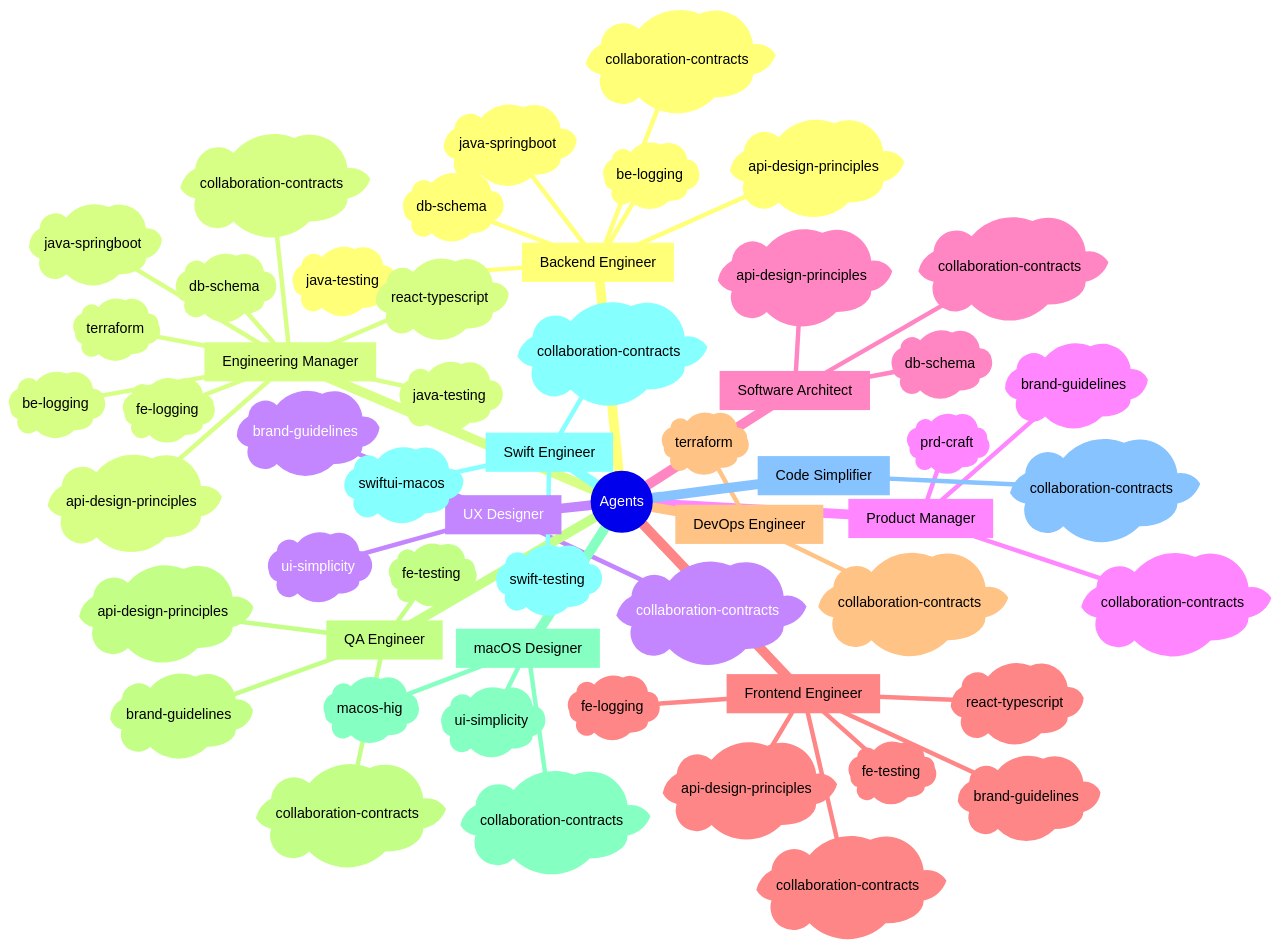
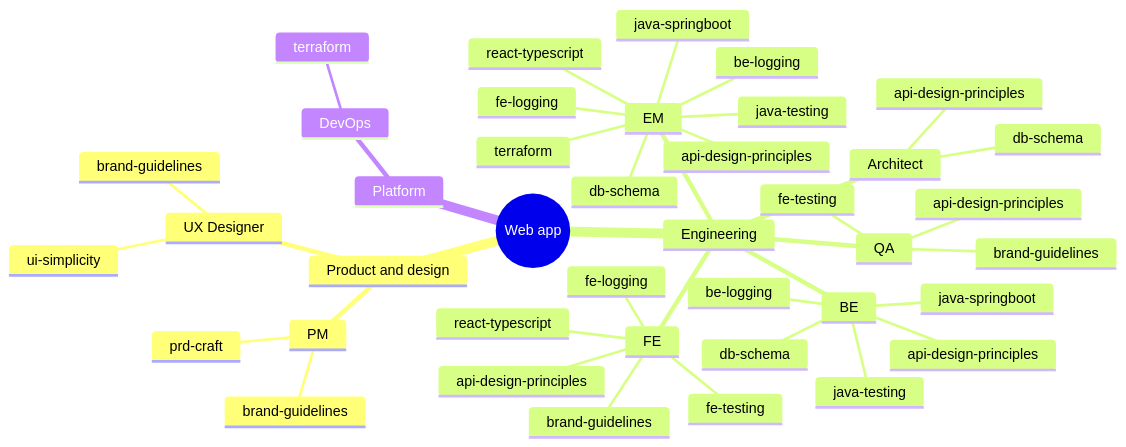
Before and after one commit to sans-github/agentic-delivery-framework: the third of 4 diagrams in docs/how-it-works.md, drawn with Mermaid. The commit also changed other lines of this file, not shown here.

Commit message:
replace skills mindmap with per-platform skill matrices in how-it-works

````diff
--- a/docs/how-it-works.md
+++ b/docs/how-it-works.md
@@ -360,58 +382,43 @@
 ```mermaid
 mindmap
-  root((Agents))
-    [Backend Engineer]
-      )db-schema(
-      )java-springboot(
-      )api-design-principles(
-      )java-testing(
-      )be-logging(
-      )collaboration-contracts(
-    [Engineering Manager]
-      )db-schema(
-      )java-springboot(
-      )api-design-principles(
-      )react-typescript(
-      )terraform(
-      )java-testing(
-      )be-logging(
-      )fe-logging(
-      )collaboration-contracts(
-    [UX Designer]
-      )brand-guidelines(
-      )ui-simplicity(
-      )collaboration-contracts(
-    [Product Manager]
-      )prd-craft(
-      )brand-guidelines(
-      )collaboration-contracts(
-    [Software Architect]
-      )api-design-principles(
-      )db-schema(
-      )collaboration-contracts(
-    [Frontend Engineer]
-      )api-design-principles(
-      )react-typescript(
-      )fe-testing(
-      )brand-guidelines(
-      )fe-logging(
-      )collaboration-contracts(
-    [DevOps Engineer]
-      )terraform(
-      )collaboration-contracts(
-    [QA Engineer]
-      )api-design-principles(
-      )fe-testing(
-      )brand-guidelines(
-      )collaboration-contracts(
-    [macOS Designer]
-      )macos-hig(
-      )ui-simplicity(
-      )collaboration-contracts(
-    [Swift Engineer]
-      )swiftui-macos(
-      )swift-testing(
-      )collaboration-contracts(
-    [Code Simplifier]
-      )collaboration-contracts(
+  root((Web app))
+    Product and design
+      PM
+        prd-craft
+        brand-guidelines
+      UX Designer
+        brand-guidelines
+        ui-simplicity
+    Engineering
+      Architect
+        api-design-principles
+        db-schema
+      EM
+        api-design-principles
+        db-schema
+        java-springboot
+        java-testing
+        be-logging
+        react-typescript
+        fe-logging
+        terraform
+      BE
+        api-design-principles
+        db-schema
+        java-springboot
+        java-testing
+        be-logging
+      FE
+        api-design-principles
+        react-typescript
+        fe-testing
+        fe-logging
+        brand-guidelines
+      QA
+        api-design-principles
+        fe-testing
+        brand-guidelines
+    Platform
+      DevOps
+        terraform
 ```
````
